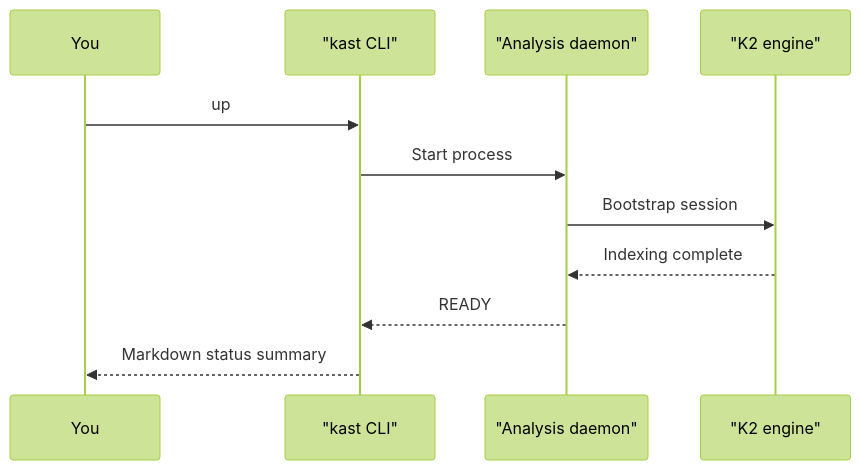
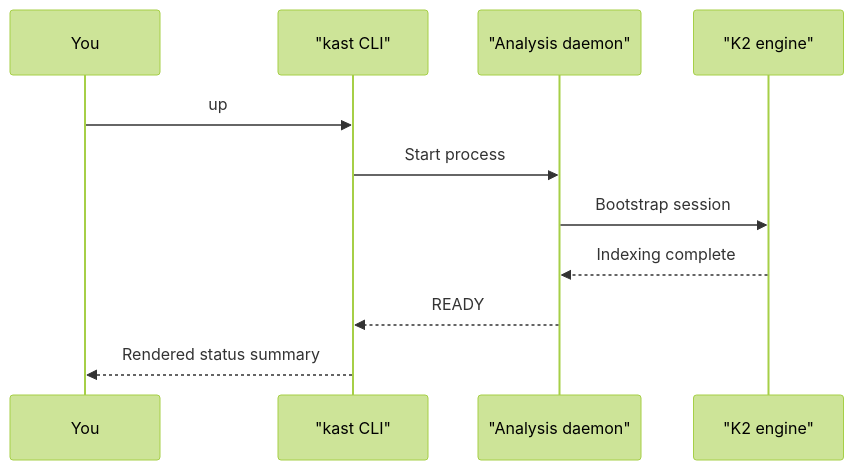
The diagram in docs/getting-started/quickstart.md (amichne/kast), drawn with Mermaid (forest theme) before and after one commit. The commit also changed other lines of this file and 9 other files, not shown here.

````diff
--- a/docs/getting-started/quickstart.md
+++ b/docs/getting-started/quickstart.md
@@ -54,14 +54,14 @@
 ```mermaid
 sequenceDiagram
     participant You
     participant CLI as "kast CLI"
     participant Daemon as "Analysis daemon"
     participant K2 as "K2 engine"
 
     You->>CLI: up
     CLI->>Daemon: Start process
     Daemon->>K2: Bootstrap session
     K2-->>Daemon: Indexing complete
     Daemon-->>CLI: READY
-    CLI-->>You: Markdown status summary
+    CLI-->>You: Rendered status summary
 ```
````
